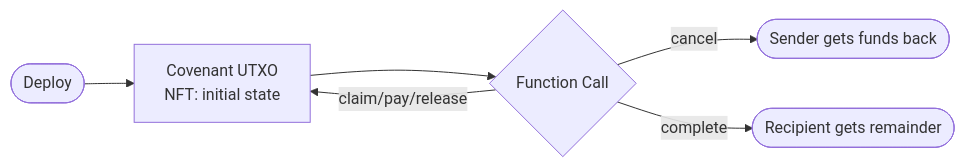
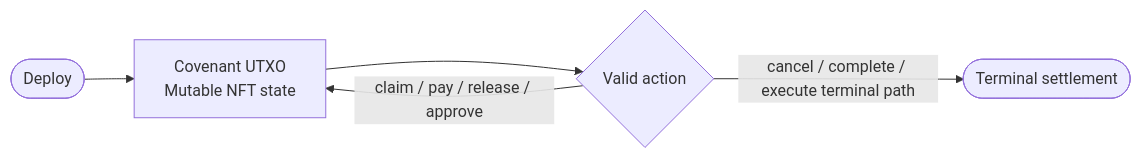
One commit to flowguardlabs/flow-guard changed the diagram in docs/concepts/overview.mdx. Above: the diagram before and after it, drawn with Mermaid. The commit also changed other lines of this file and 44 other files, not shown here.

````diff
--- a/docs/concepts/overview.mdx
+++ b/docs/concepts/overview.mdx
@@ -28,8 +23,7 @@
 ```mermaid
 flowchart LR
-    A([Deploy]) --> B[Covenant UTXO\nNFT: initial state]
-    B --> C{Function Call}
-    C  -->|claim/pay/release| B
-    C  -->|cancel| D([Sender gets funds back])
-    C  -->|complete| E([Recipient gets remainder])
+    A([Deploy]) --> B[Covenant UTXO\nMutable NFT state]
+    B --> C{Valid action}
+    C -->|claim / pay / release / approve| B
+    C -->|cancel / complete / execute terminal path| D([Terminal settlement])
 ```
````
